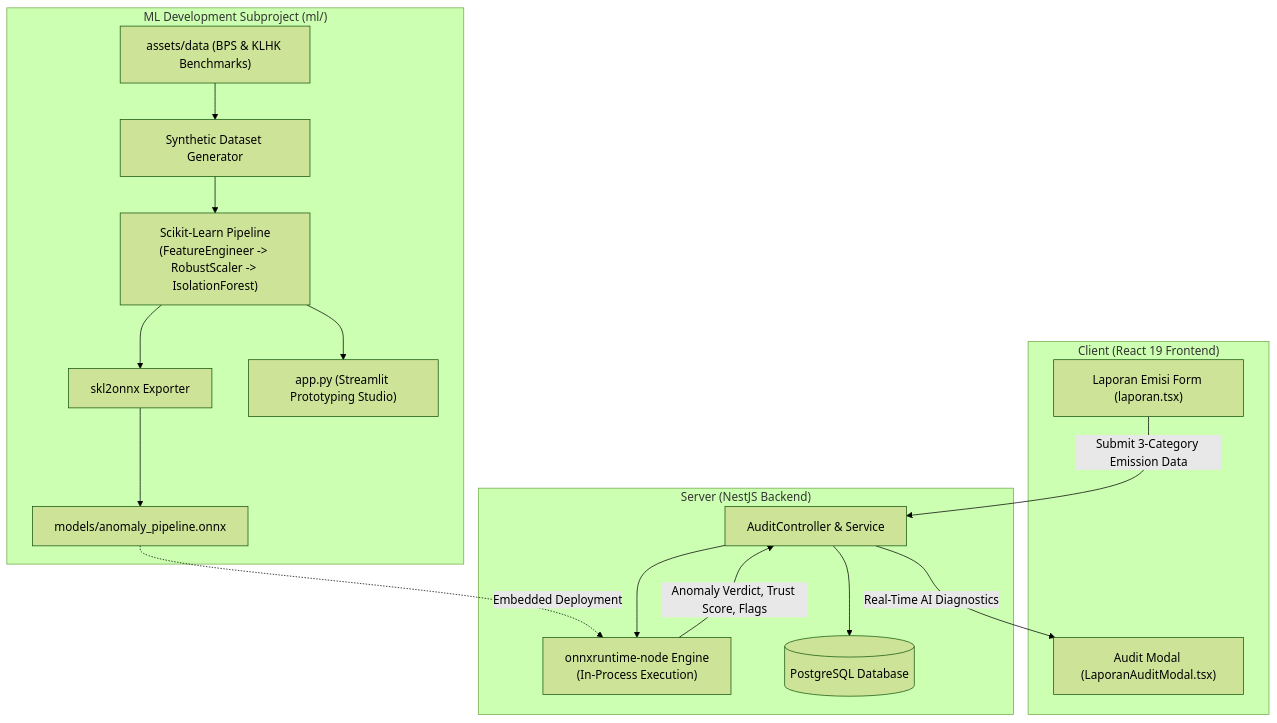
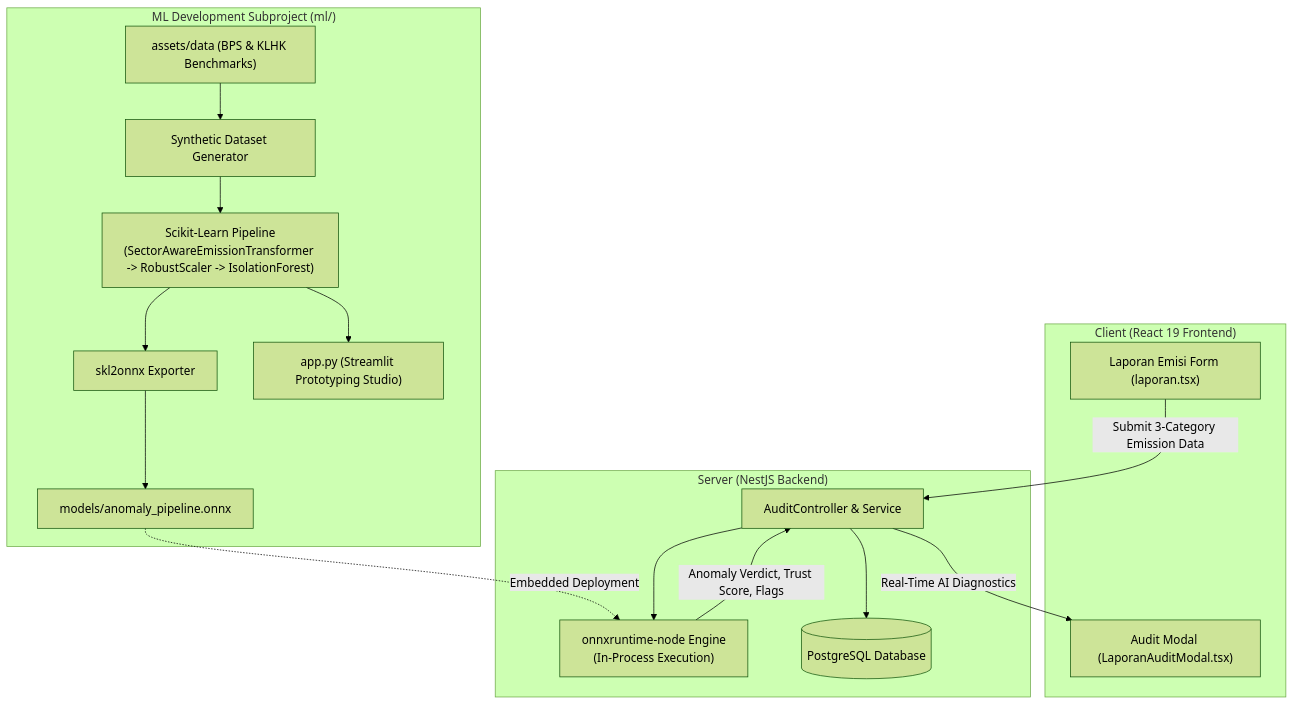
One commit to SYNETRATECH/RekaKarbon changed the diagram in ml/README.md. Above: the diagram before and after it, drawn with Mermaid (forest theme). The commit also changed other lines of this file and 11 other files, not shown here.

````diff
--- a/ml/README.md
+++ b/ml/README.md
@@ -30,28 +31,28 @@
 ```mermaid
 flowchart TD
     subgraph Client ["Client (React 19 Frontend)"]
         UI["Laporan Emisi Form (laporan.tsx)"]
         Modal["Audit Modal (LaporanAuditModal.tsx)"]
     end
 
     subgraph Server ["Server (NestJS Backend)"]
         AuditCtrl["AuditController & Service"]
         NodeOnnx["onnxruntime-node Engine<br/>(In-Process Execution)"]
         Prisma[(PostgreSQL Database)]
     end
 
     subgraph MLPackage ["ML Development Subproject (ml/)"]
         DataLayer["assets/data (BPS & KLHK Benchmarks)"] --> Generator["Synthetic Dataset Generator"]
-        Generator --> SklearnPipe["Scikit-Learn Pipeline<br/>(FeatureEngineer -> RobustScaler -> IsolationForest)"]
+        Generator --> SklearnPipe["Scikit-Learn Pipeline<br/>(SectorAwareEmissionTransformer -> RobustScaler -> IsolationForest)"]
         SklearnPipe --> OnnxExport["skl2onnx Exporter"]
         OnnxExport --> OnnxFile["models/anomaly_pipeline.onnx"]
         SklearnPipe --> StreamlitApp["app.py (Streamlit Prototyping Studio)"]
     end
 
     UI -->|"Submit 3-Category Emission Data"| AuditCtrl
     OnnxFile -.->|"Embedded Deployment"| NodeOnnx
     AuditCtrl --> NodeOnnx
     NodeOnnx -->|"Anomaly Verdict, Trust Score, Flags"| AuditCtrl
     AuditCtrl --> Prisma
     AuditCtrl -->|"Real-Time AI Diagnostics"| Modal
 ```
````
